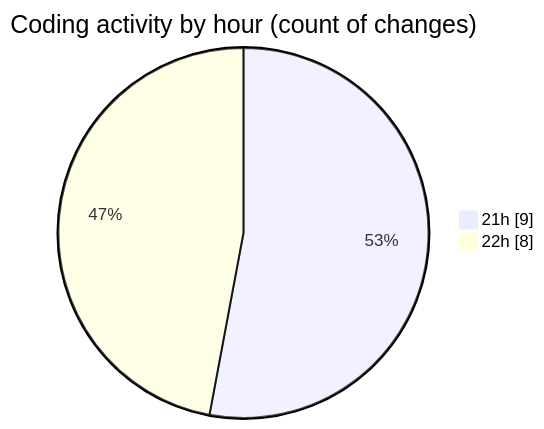
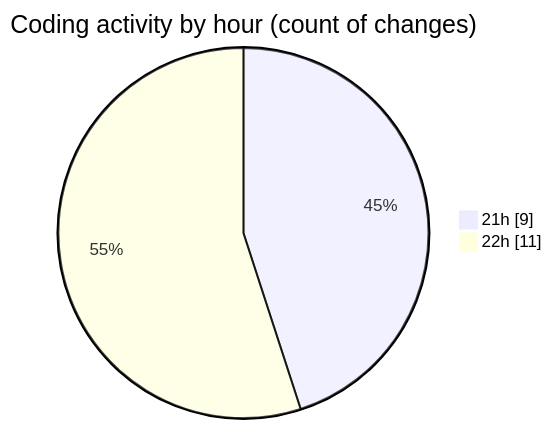
The second of 2 diagrams in 2025-03-29/autodidak/README.md (idhammustaqopulfikri/code-tracking), drawn with Mermaid before and after one commit. The commit also changed other lines of this file and 1 other file, not shown here.

````diff
--- a/2025-03-29/autodidak/README.md
+++ b/2025-03-29/autodidak/README.md
@@ -34,6 +34,6 @@
 ```mermaid
 pie showData
 title Coding activity by hour (count of changes)
 "21h" : 9
-"22h" : 8
+"22h" : 11
 ```
````
